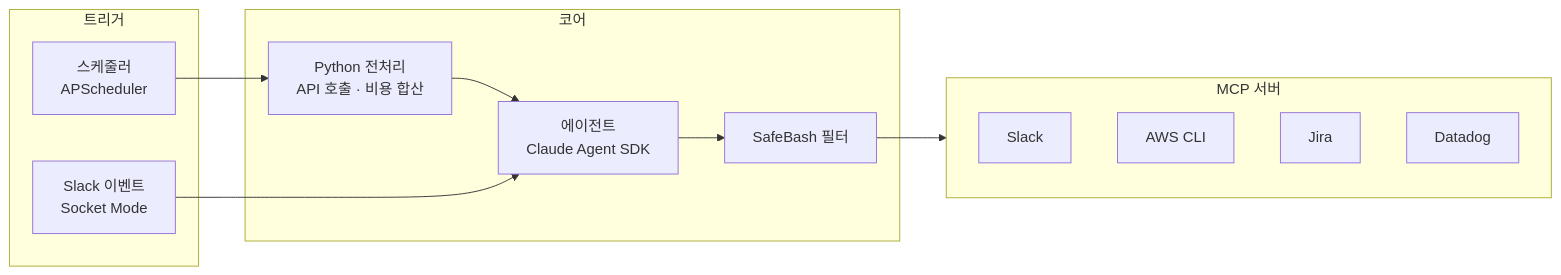
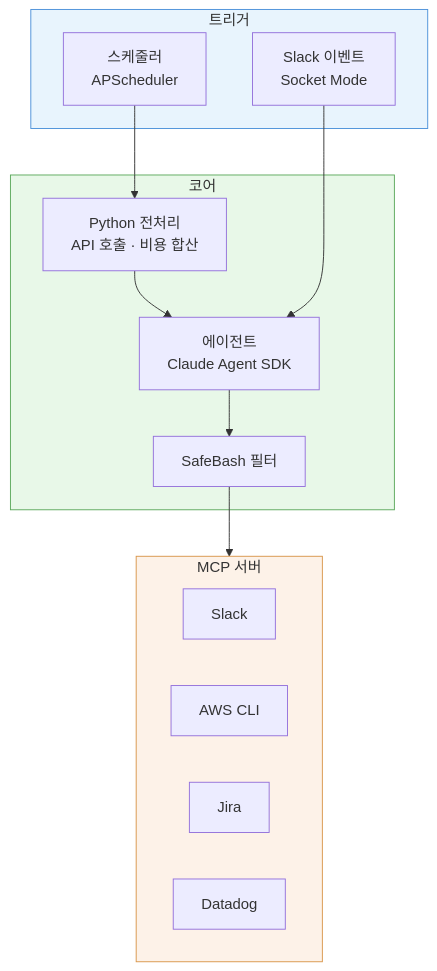
Before and after one commit to kimduksoo/duksoo-tech-blog: the diagram in content/ai/ai-infra-automation.md, drawn with Mermaid.

Commit message:
시스템 개요 다이어그램 세로 전환 및 색상 적용

````diff
--- a/content/ai/ai-infra-automation.md
+++ b/content/ai/ai-infra-automation.md
@@ -26,24 +26,28 @@
 ```mermaid
-flowchart LR
+flowchart TB
     subgraph 트리거
         Cron[스케줄러<br/>APScheduler]
         Event[Slack 이벤트<br/>Socket Mode]
     end
 
     subgraph 코어
         Pre[Python 전처리<br/>API 호출 · 비용 합산]
         Agent[에이전트<br/>Claude Agent SDK]
         Safe[SafeBash 필터]
     end
 
     subgraph MCP[MCP 서버]
         S[Slack]
         A[AWS CLI]
         J[Jira]
         D[Datadog]
     end
 
     Cron --> Pre --> Agent
     Event --> Agent
     Agent --> Safe --> MCP
+
+    style 트리거 fill:#e8f4fd,stroke:#4a90d9
+    style 코어 fill:#e8f8e8,stroke:#5ba85b
+    style MCP fill:#fdf2e8,stroke:#d9964a
 ```
````
